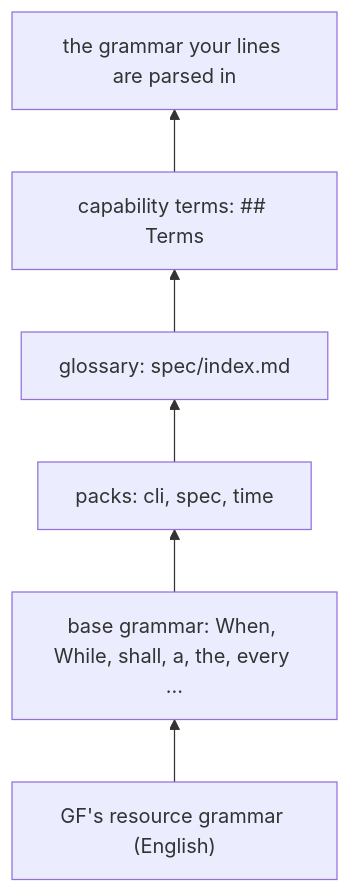
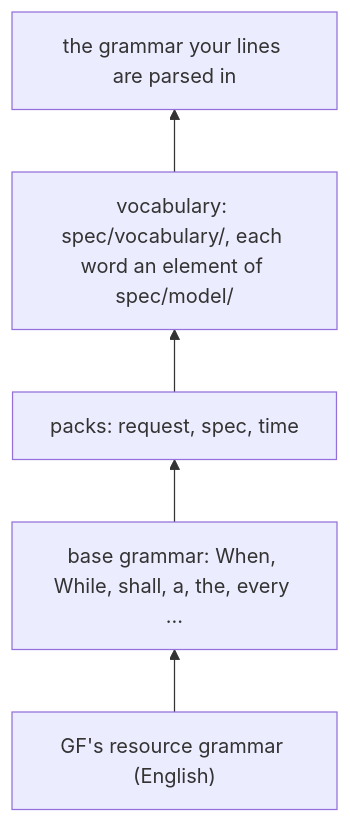
The diagram in docs/writing-requirements.md (dstengle/shopsystem-bdd), drawn with Mermaid before and after one commit. The commit also changed other lines of this file and 9 other files, not shown here.

````diff
--- a/docs/writing-requirements.md
+++ b/docs/writing-requirements.md
@@ -183,8 +191,7 @@
 ```mermaid
 flowchart BT
   RGL["GF's resource grammar (English)"] --> B["base grammar: When, While, shall, a, the, every ..."]
-  B --> P["packs: cli, spec, time"]
-  P --> G["glossary: spec/index.md"]
-  G --> T["capability terms: ## Terms"]
-  T --> L["the grammar your lines are parsed in"]
+  B --> P["packs: request, spec, time"]
+  P --> V["vocabulary: spec/vocabulary/, each word an element of spec/model/"]
+  V --> L["the grammar your lines are parsed in"]
 ```
````
